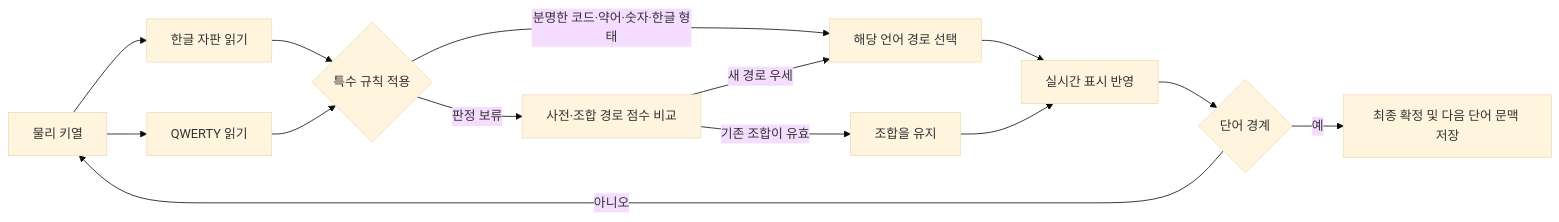
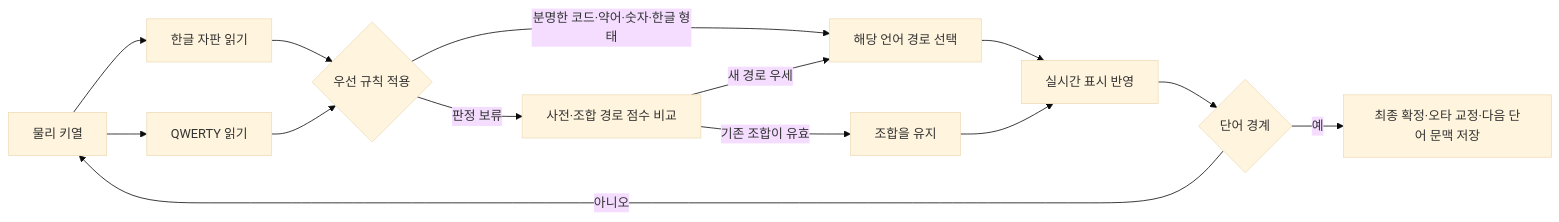
The second of 3 diagrams in docs/core.md (iasandcb/seto), drawn with Mermaid (base theme) before and after one commit. The commit also changed other lines of this file and 7 other files, not shown here.

````diff
--- a/docs/core.md
+++ b/docs/core.md
@@ -40,16 +54,16 @@
 ```mermaid
 flowchart LR
     K[물리 키열] --> R1[한글 자판 읽기]
     K --> R2[QWERTY 읽기]
-    R1 --> X{특수 규칙 적용}
+    R1 --> X{우선 규칙 적용}
     R2 --> X
     X -->|분명한 코드·약어·숫자·한글 형태| S[해당 언어 경로 선택]
     X -->|판정 보류| P[사전·조합 경로 점수 비교]
     P -->|기존 조합이 유효| H[조합을 유지]
     P -->|새 경로 우세| S
     S --> V[실시간 표시 반영]
     H --> V
     V --> C{단어 경계}
     C -->|아니오| K
-    C -->|예| F[최종 확정 및 다음 단어 문맥 저장]
+    C -->|예| F[최종 확정·오타 교정·다음 단어 문맥 저장]
 ```
````
